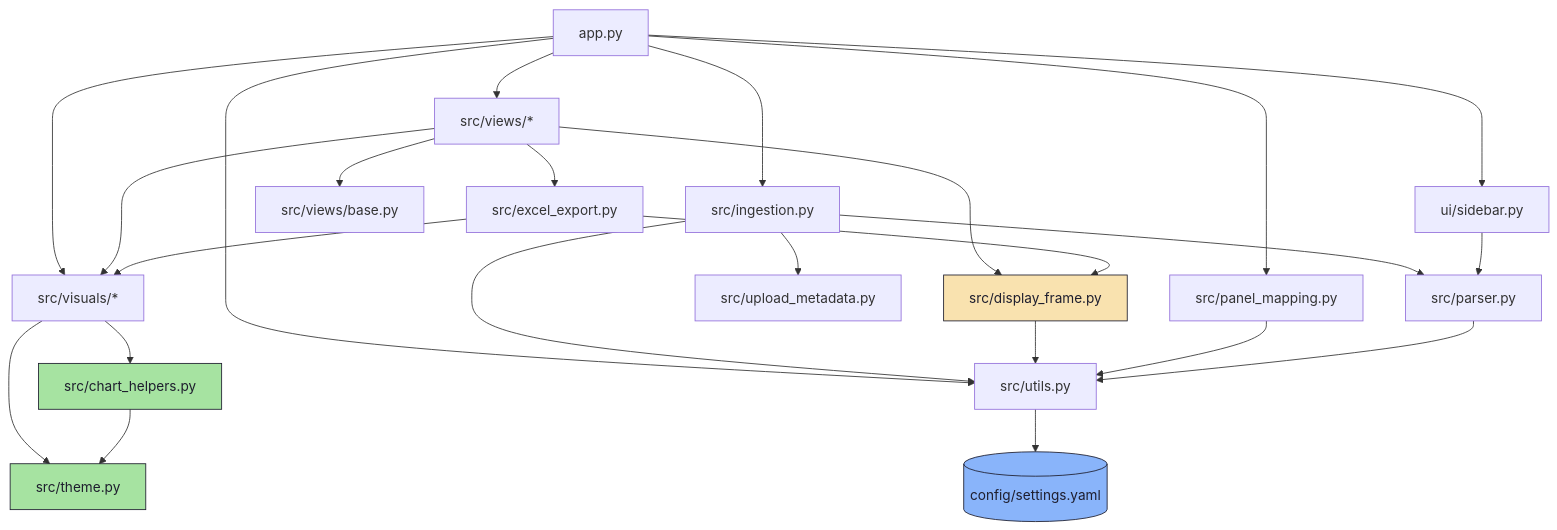
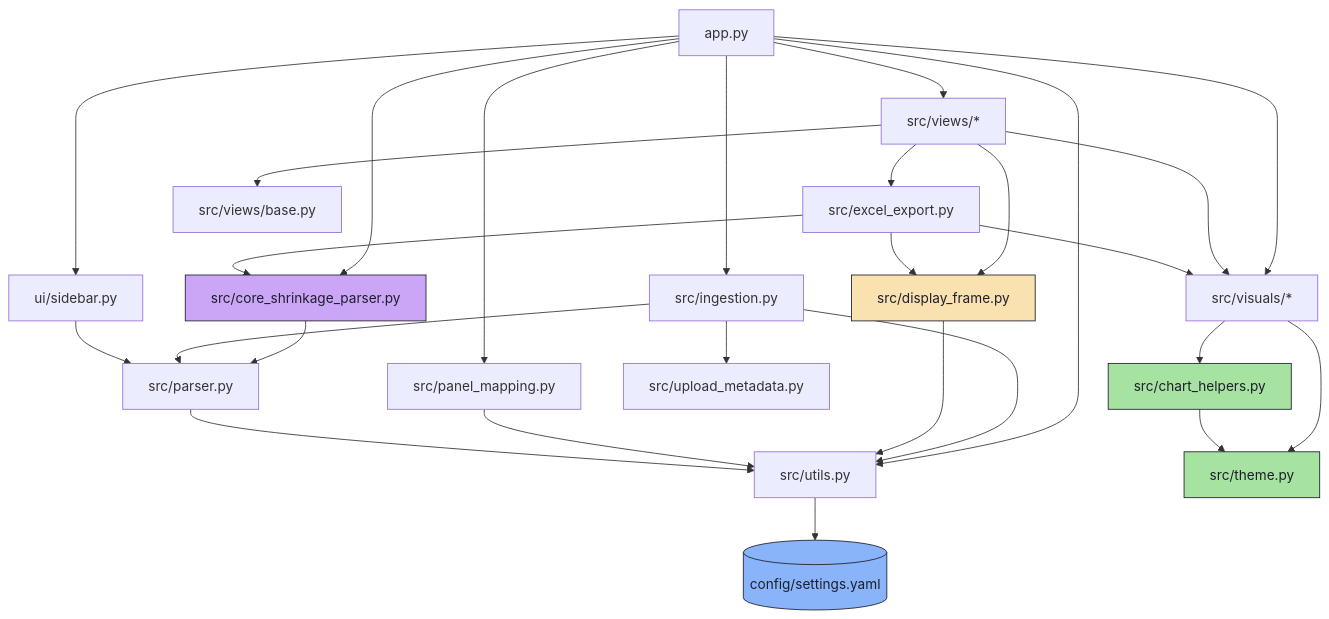
The first of 3 diagrams in qvm_dashboard/ARCHITECTURE.md (sheldcoop/QVM), drawn with Mermaid before and after one commit. The commit also changed other lines of this file and 1 other file, not shown here.

First line of the commit message:
docs: document Core Shrinkage

````diff
--- a/qvm_dashboard/ARCHITECTURE.md
+++ b/qvm_dashboard/ARCHITECTURE.md
@@ -12,36 +12,41 @@
 ```mermaid
 graph TD
     app[app.py] --> views[src/views/*]
     app --> sidebar[ui/sidebar.py]
     app --> ingest[src/ingestion.py]
+    app --> csparser[src/core_shrinkage_parser.py]
     app --> panelmap[src/panel_mapping.py]
     app --> visuals[src/visuals/*]
     app --> utils[src/utils.py]
 
+    csparser --> parser
     ingest --> parser[src/parser.py]
     ingest --> meta[src/upload_metadata.py]
     ingest --> utils
     sidebar --> parser
 
     views --> visuals
     views --> excel[src/excel_export.py]
     views --> display[src/display_frame.py]
     views --> base[src/views/base.py]
 
     excel --> visuals
     excel --> display
+    excel --> csparser
     display --> utils
     visuals --> theme[src/theme.py]
     visuals --> helpers[src/chart_helpers.py]
     helpers --> theme
     panelmap --> utils
     parser --> utils
     utils --> config[(config/settings.yaml)]
 
     classDef cfg fill:#89b4fa,stroke:#1e1e2e,color:#1e1e2e;
     classDef tok fill:#a6e3a1,stroke:#1e1e2e,color:#1e1e2e;
     classDef one fill:#f9e2af,stroke:#1e1e2e,color:#1e1e2e;
+    classDef cs  fill:#cba6f7,stroke:#1e1e2e,color:#1e1e2e;
     class config cfg;
     class theme,helpers tok;
     class display one;
+    class csparser cs;
 ```
````
